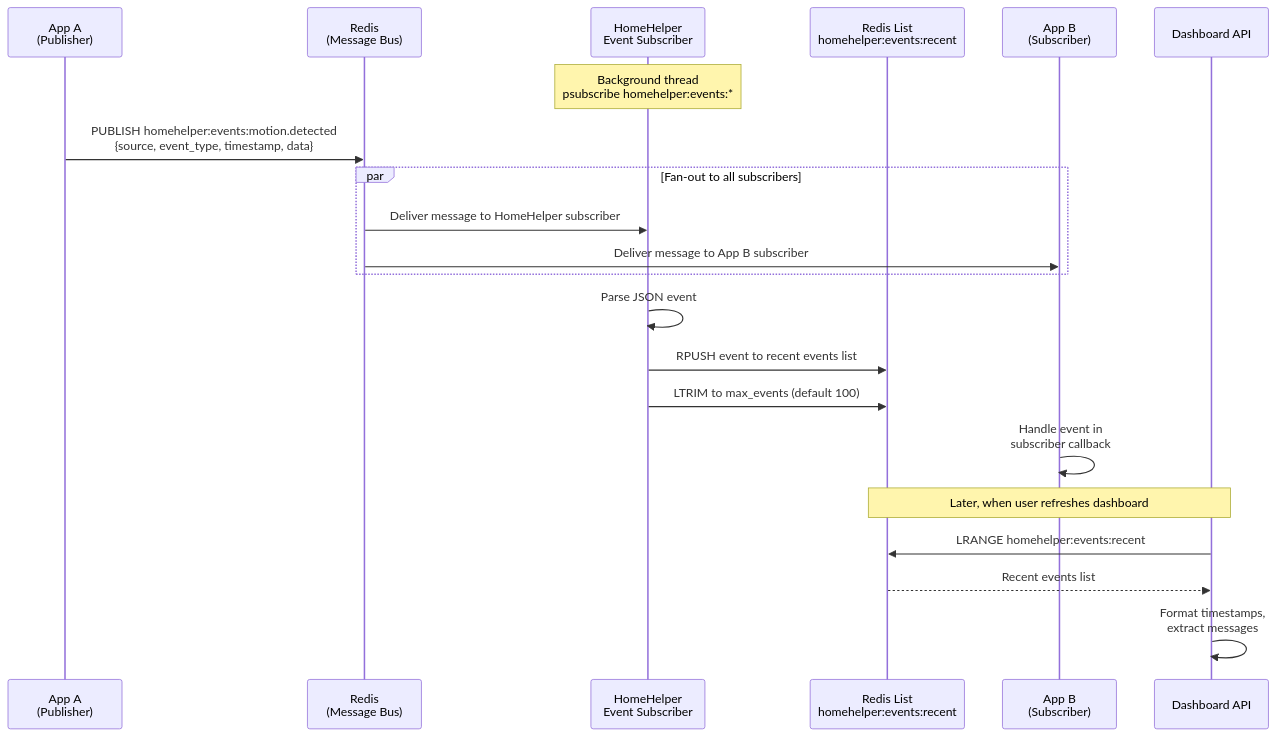
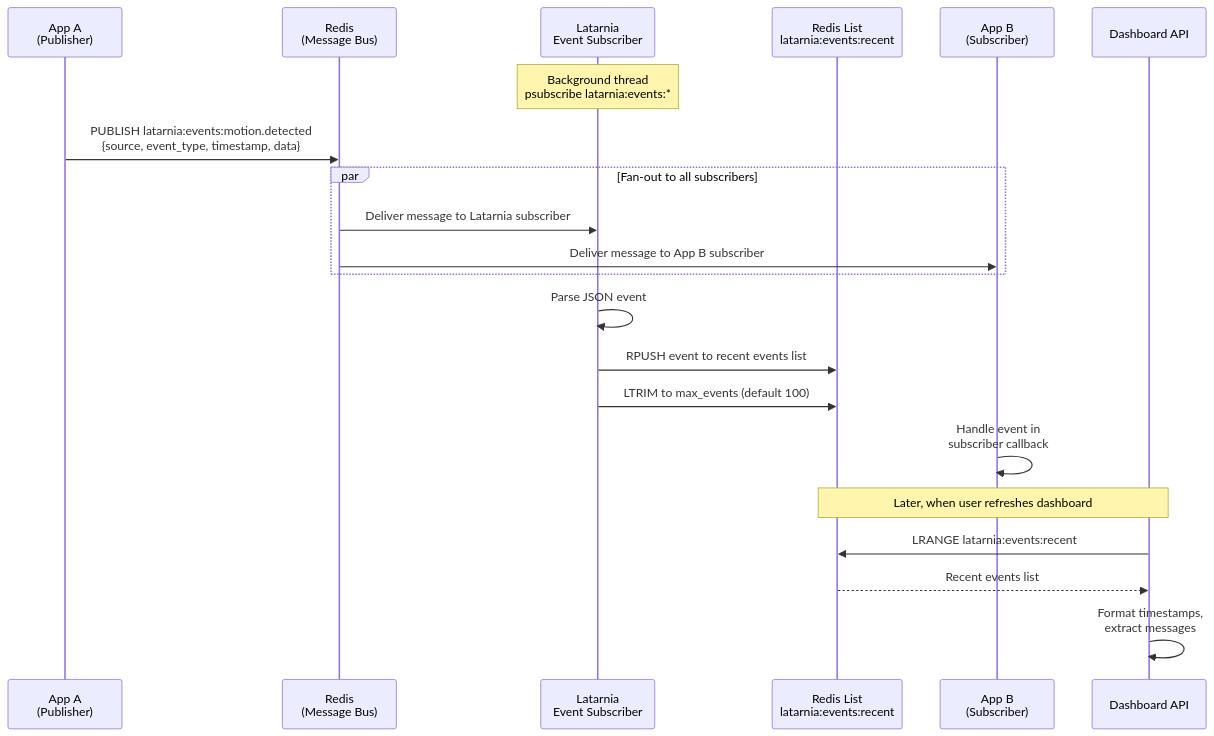
Before and after one commit to felipe-stanham/HomeHelper: the fifth of 5 diagrams in docs/System/workflows.md, drawn with Mermaid. The commit also changed other lines of this file and 49 other files, not shown here.

First line of the commit message:
Rename platform from HomeHelper to Latarnia (P-0002 Scope 1)

````diff
--- a/docs/System/workflows.md
+++ b/docs/System/workflows.md
@@ -166,30 +166,30 @@
 ```mermaid
 sequenceDiagram
     participant AppA as App A<br/>(Publisher)
     participant Redis as Redis<br/>(Message Bus)
-    participant Sub as HomeHelper<br/>Event Subscriber
-    participant Store as Redis List<br/>homehelper:events:recent
+    participant Sub as Latarnia<br/>Event Subscriber
+    participant Store as Redis List<br/>latarnia:events:recent
     participant AppB as App B<br/>(Subscriber)
     participant Dash as Dashboard API
 
-    Note over Sub: Background thread<br/>psubscribe homehelper:events:*
+    Note over Sub: Background thread<br/>psubscribe latarnia:events:*
 
-    AppA->>Redis: PUBLISH homehelper:events:motion.detected<br/>{source, event_type, timestamp, data}
+    AppA->>Redis: PUBLISH latarnia:events:motion.detected<br/>{source, event_type, timestamp, data}
 
     par Fan-out to all subscribers
-        Redis->>Sub: Deliver message to HomeHelper subscriber
+        Redis->>Sub: Deliver message to Latarnia subscriber
         Redis->>AppB: Deliver message to App B subscriber
     end
 
     Sub->>Sub: Parse JSON event
     Sub->>Store: RPUSH event to recent events list
     Sub->>Store: LTRIM to max_events (default 100)
 
     AppB->>AppB: Handle event in<br/>subscriber callback
 
     Note over Dash,Store: Later, when user refreshes dashboard
 
-    Dash->>Store: LRANGE homehelper:events:recent
+    Dash->>Store: LRANGE latarnia:events:recent
     Store-->>Dash: Recent events list
     Dash->>Dash: Format timestamps,<br/>extract messages
 ```
````
